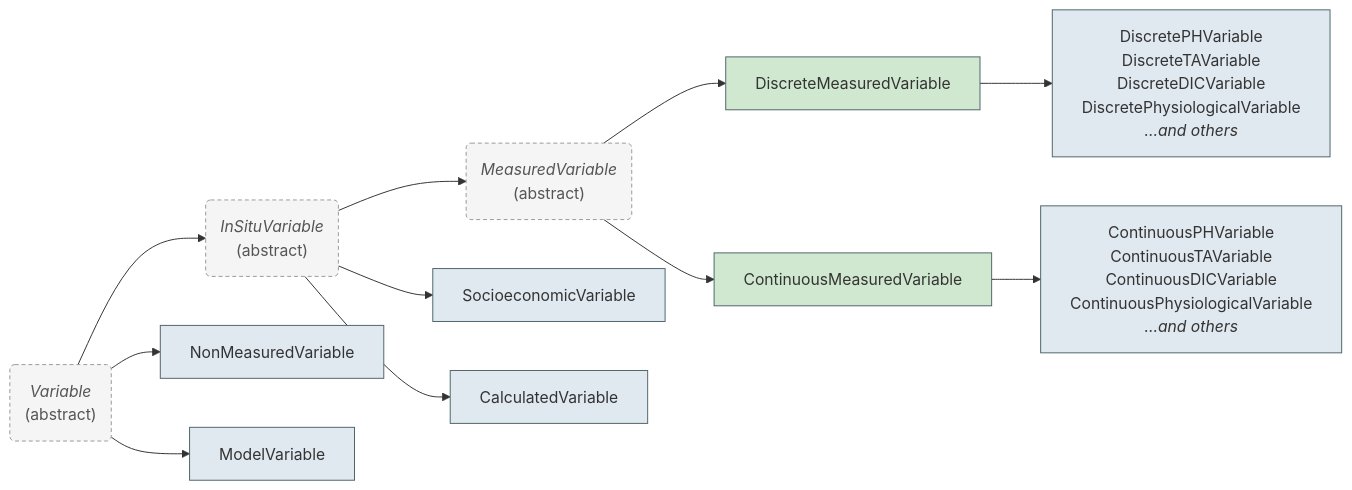
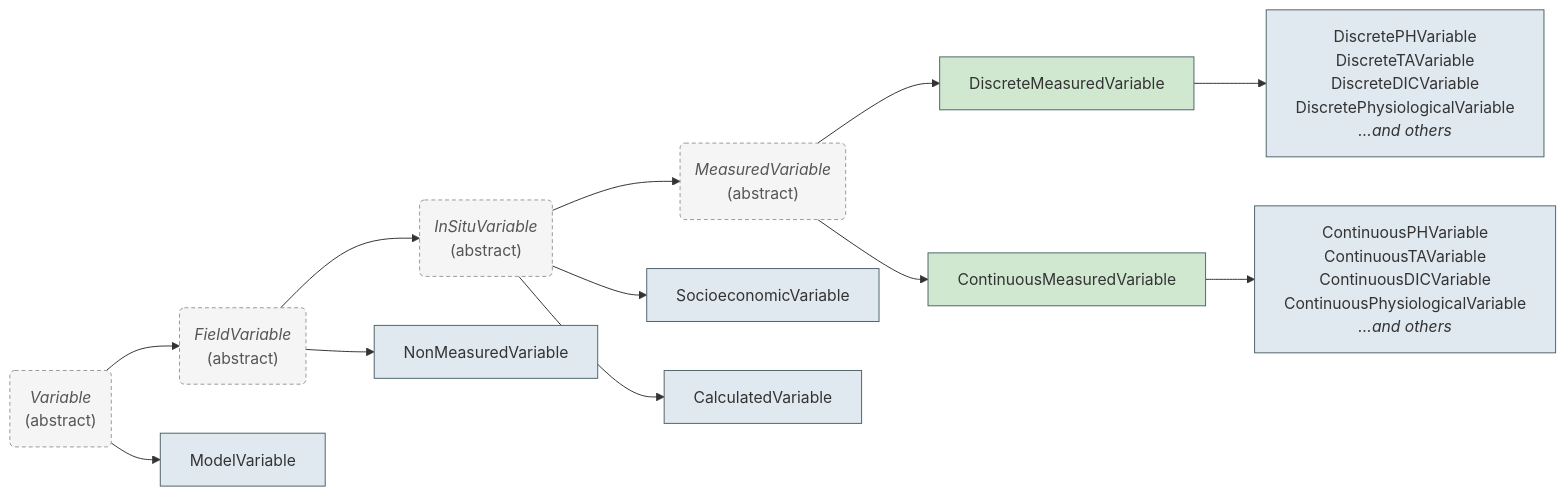
One commit to submarine-mrv/oae-data-protocol changed the diagram in src/docs/files/Variables/index.md. Above: the diagram before and after it, drawn with Mermaid. The commit also changed other lines of this file and 6 other files, not shown here.

Commit message:
refactor(variable): add abstract FieldVariable so FieldDataset excludes ModelVariable

````diff
--- a/src/docs/files/Variables/index.md
+++ b/src/docs/files/Variables/index.md
@@ -7,43 +7,46 @@
 ```mermaid
 graph LR
     V("`*Variable*
+    (abstract)`")
+    FV("`*FieldVariable*
     (abstract)`")
     ISV("`*InSituVariable*
     (abstract)`")
     MV("`*MeasuredVariable*
     (abstract)`")
     NMV["NonMeasuredVariable"]
     MOV["ModelVariable"]
     SEV["SocioeconomicVariable"]
     CV["CalculatedVariable"]
     DM["DiscreteMeasuredVariable"]
     CM["ContinuousMeasuredVariable"]
     DPH["`DiscretePHVariable
     DiscreteTAVariable
     DiscreteDICVariable
     DiscretePhysiologicalVariable
     *…and others*`"]
     CPH["`ContinuousPHVariable
     ContinuousTAVariable
     ContinuousDICVariable
     ContinuousPhysiologicalVariable
     *…and others*`"]
 
-    V --> NMV
+    V --> FV
     V --> MOV
-    V --> ISV
+    FV --> NMV
+    FV --> ISV
     ISV --> SEV
     ISV --> CV
     ISV --> MV
     MV --> DM
     MV --> CM
     DM --> DPH
     CM --> CPH
 
     classDef abstract fill:#f5f5f5,stroke:#999,stroke-dasharray: 4 3,color:#555
     classDef concrete fill:#e0e8f0,stroke:#4F656A
     classDef leaf fill:#d0e8d0,stroke:#4F656A
-    class V,ISV,MV abstract
+    class V,FV,ISV,MV abstract
     class NMV,MOV,SEV,CV,DPH,CPH concrete
     class DM,CM leaf
 ```
````
